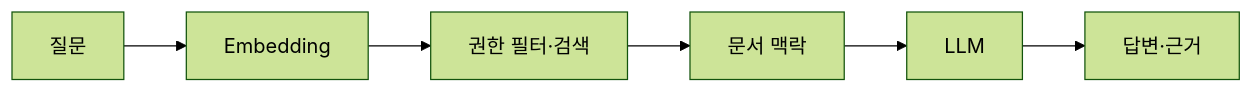
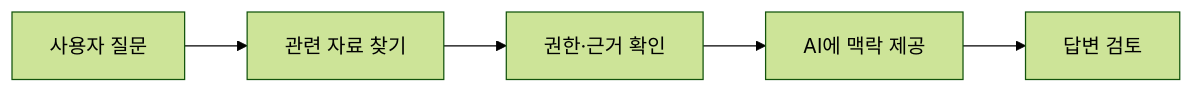
The diagram in content/topics/llm-vector-infra.md (moocongpapa/it-study), drawn with Mermaid (forest theme) before and after one commit. The commit also changed other lines of this file and 71 other files, not shown here.

````diff
--- a/content/topics/llm-vector-infra.md
+++ b/content/topics/llm-vector-infra.md
@@ -6,4 +20,4 @@
 ```mermaid
 flowchart LR
-  Q["질문"] --> E["Embedding"] --> S["권한 필터·검색"] --> C["문서 맥락"] --> L["LLM"] --> A["답변·근거"]
+ A["사용자 질문"] --> B["관련 자료 찾기"] --> C["권한·근거 확인"] --> D["AI에 맥락 제공"] --> E["답변 검토"]
 ```
````
